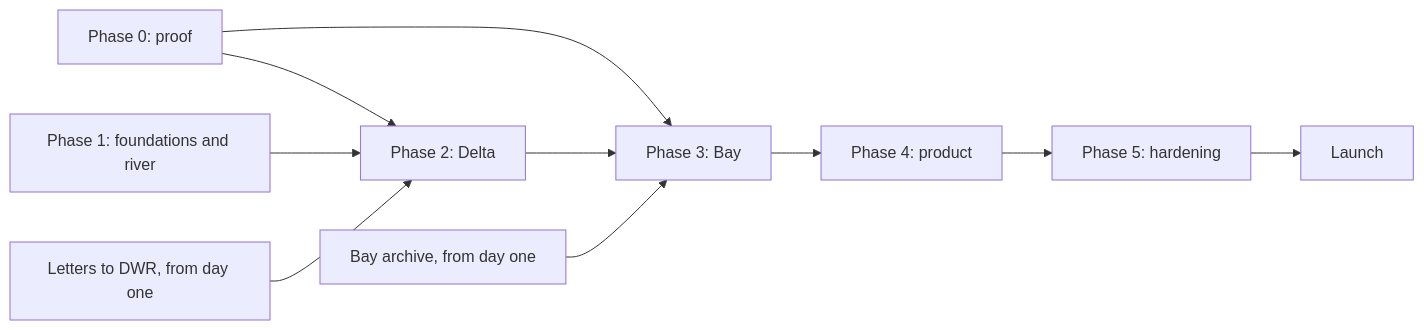
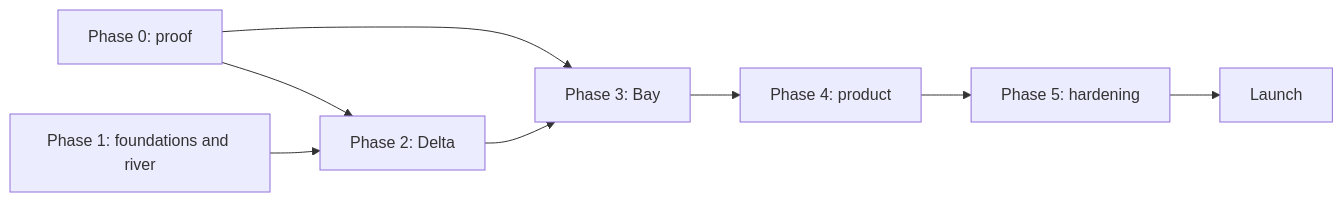
One commit to gavinfischer-keenan/FischerDeltaModelReturns changed the diagram in docs/build-plan.md. Above: the diagram before and after it, drawn with Mermaid. The commit also changed other lines of this file and 1 other file, not shown here.

First line of the commit message:
Docs: native DSM2 build, no Wine, no DWR request, no Bay archiving

````diff
--- a/docs/build-plan.md
+++ b/docs/build-plan.md
@@ -143,8 +138,6 @@
 ```mermaid
 flowchart LR
   P0["Phase 0: proof"] --> P2["Phase 2: Delta"]
   P0 --> P3["Phase 3: Bay"]
   P1["Phase 1: foundations and river"] --> P2 --> P3 --> P4["Phase 4: product"] --> P5["Phase 5: hardening"] --> L["Launch"]
-  A["Bay archive, from day one"] --> P3
-  D["Letters to DWR, from day one"] --> P2
 ```
````
